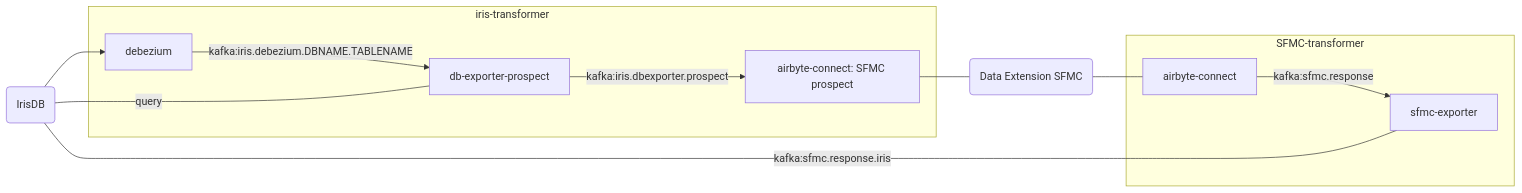
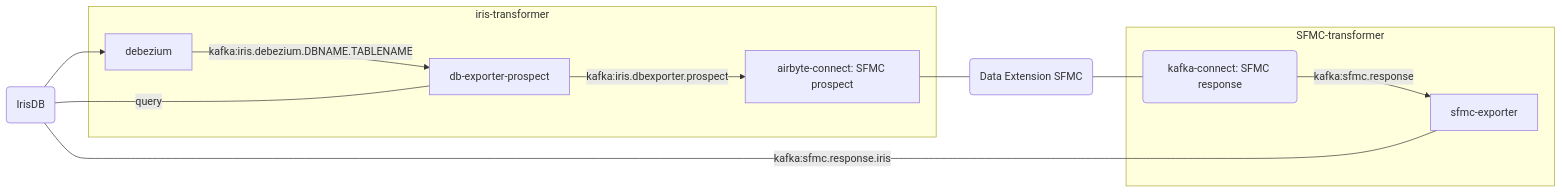
Before and after one commit to HivemindTechnologies/hays-prospect-fast-reply: the second of 2 diagrams in README.md, drawn with Mermaid. The commit also changed 1 other file, not shown here.

Commit message:
WIP: Create python sfmc data extractor

````diff
--- a/README.md
+++ b/README.md
@@ -39,27 +39,28 @@
 ```mermaid
 flowchart LR
 is(IrisDB)
 deb[debezium]
 dbex[db-exporter-prospect]
 abcon[airbyte-connect: SFMC prospect]
 sfmc(Data Extension SFMC)
+sfmc2k(kafka-connect: SFMC response)
     is --> deb
     
     subgraph iris-transformer
         deb -->|kafka:iris.debezium.DBNAME.TABLENAME| dbex
         dbex -->|kafka:iris.dbexporter.prospect| abcon
     end
 
     abcon --- sfmc
     is ---|query| dbex
     
-    sfmc --- airbyte-connect
+    sfmc --- sfmc2k
     
     subgraph SFMC-transformer
-        airbyte-connect  -->|kafka:sfmc.response| sfmc-exporter
+        sfmc2k  -->|kafka:sfmc.response| sfmc-exporter
     end
     
     sfmc-exporter ---|kafka:sfmc.response.iris| is
     
     
 ```
````
